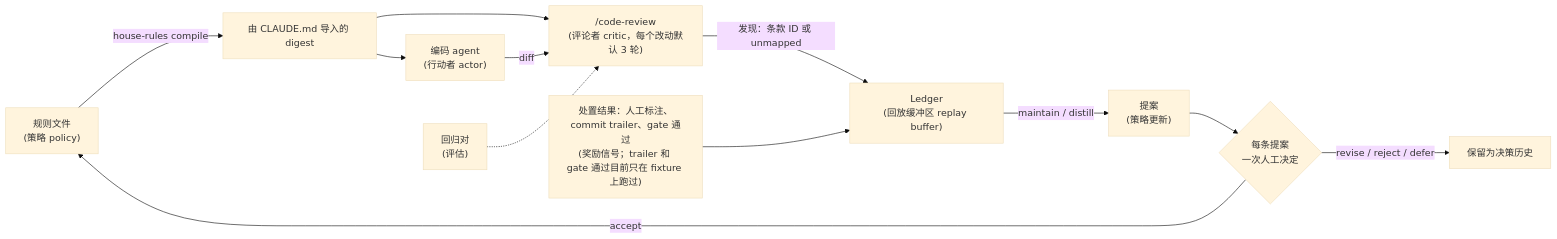
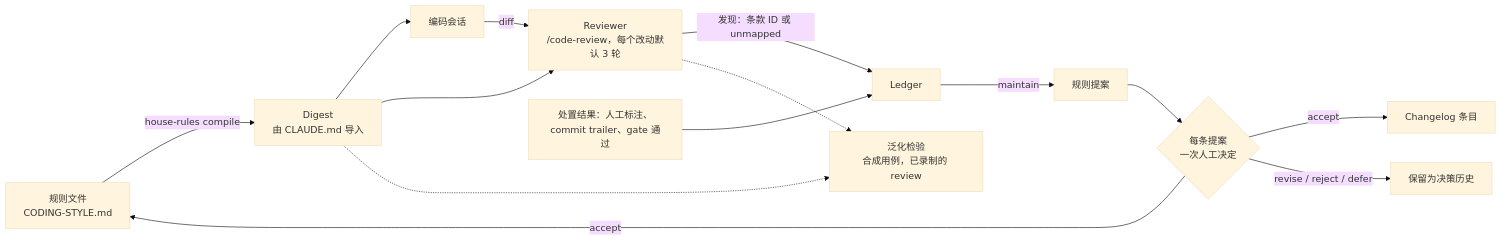
The diagram in docs/METHOD.zh.md (wangxuzhou666-arch/house-rules), drawn with Mermaid (base theme) before and after one commit. The commit also changed other lines of this file and 6 other files, not shown here.

````diff
--- a/docs/METHOD.zh.md
+++ b/docs/METHOD.zh.md
@@ -36,14 +42,16 @@
 ```mermaid
 flowchart LR
-  R["规则文件<br/>(策略 policy)"] -->|"house-rules compile"| D["由 CLAUDE.md 导入的 digest"]
-  D --> A["编码 agent<br/>(行动者 actor)"]
-  D --> C["/code-review<br/>(评论者 critic，每个改动默认 3 轮)"]
+  R["规则文件<br/>CODING-STYLE.md"] -->|"house-rules compile"| D["Digest<br/>由 CLAUDE.md 导入"]
+  D --> A["编码会话"]
+  D --> C["Reviewer<br/>/code-review，每个改动默认 3 轮"]
   A -->|"diff"| C
-  C -->|"发现：条款 ID 或 unmapped"| L["Ledger<br/>(回放缓冲区 replay buffer)"]
-  O["处置结果：人工标注、commit trailer、gate 通过<br/>(奖励信号；trailer 和 gate 通过目前只在 fixture 上跑过)"] --> L
-  L -->|"maintain / distill"| P["提案<br/>(策略更新)"]
+  C -->|"发现：条款 ID 或 unmapped"| L["Ledger"]
+  O["处置结果：人工标注、<br/>commit trailer、gate 通过"] --> L
+  L -->|"maintain"| P["规则提案"]
   P --> H{"每条提案<br/>一次人工决定"}
   H -->|"accept"| R
+  H -->|"accept"| CL["Changelog 条目"]
   H -->|"revise / reject / defer"| K["保留为决策历史"]
-  T["回归对<br/>(评估)"] -.-> C
+  D -.-> G["泛化检验<br/>合成用例，已录制的 review"]
+  C -.-> G
 ```
````
